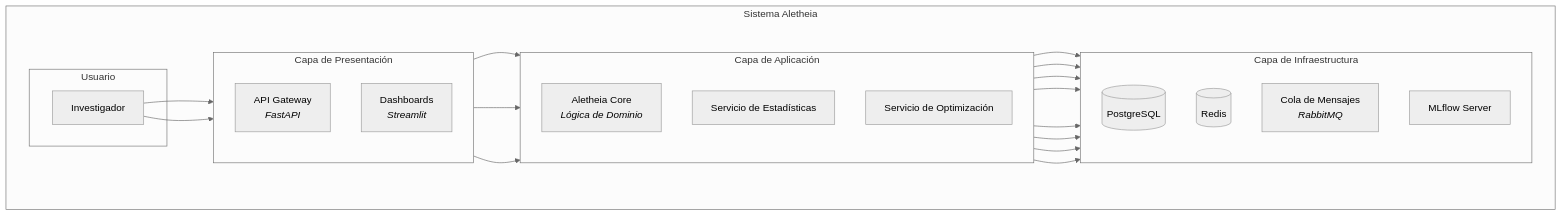
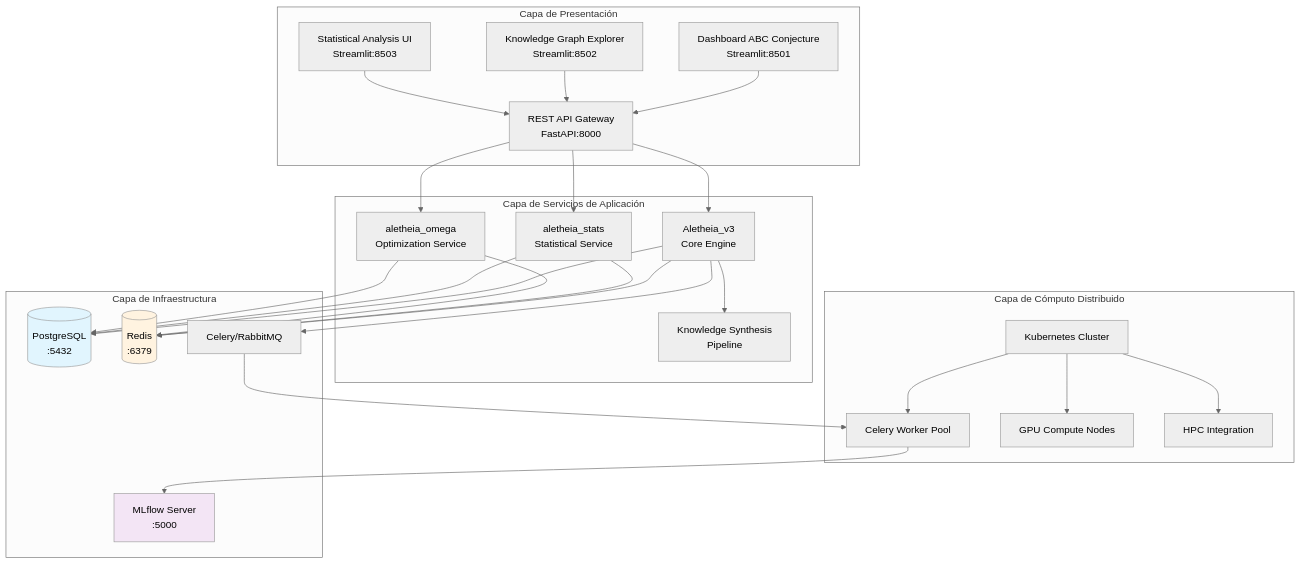
Before and after one commit to SunNeurotron/Aletheia: the second of 6 diagrams in README.md, drawn with Mermaid (neutral theme). The commit also changed other lines of this file, not shown here.

`````diff
--- a/README.md
+++ b/README.md
@@ -69,36 +97,42 @@
-````mermaid
-graph TD
-    subgraph "Sistema Aletheia"
-        direction LR
-        subgraph "Usuario"
-            U[Investigador]
-        end
-        subgraph "Capa de Presentación"
-            direction TB
-            API[API Gateway<br><i>FastAPI</i>]
-            UI[Dashboards<br><i>Streamlit</i>]
-            U --> API
-            U --> UI
-        end
-        subgraph "Capa de Aplicación"
-            direction TB
-            CORE[Aletheia Core<br><i>Lógica de Dominio</i>]
-            STATS[Servicio de Estadísticas]
-            OMEGA[Servicio de Optimización]
-            API --> CORE
-            API --> STATS
-            API --> OMEGA
-        end
-        subgraph "Capa de Infraestructura"
-            direction TB
-            DB[(PostgreSQL)]
-            CACHE[(Redis)]
-            MQ[Cola de Mensajes<br><i>RabbitMQ</i>]
-            MLF[MLflow Server]
-            CORE & STATS & OMEGA --> DB
-            CORE & STATS & OMEGA --> CACHE
-            CORE --> MQ
-            CORE --> MLF
-        end
+```mermaid
+flowchart TB
+    subgraph "Capa de Presentación"
+        UI1[Dashboard ABC Conjecture<br/>Streamlit:8501]
+        UI2[Knowledge Graph Explorer<br/>Streamlit:8502]
+        UI3[Statistical Analysis UI<br/>Streamlit:8503]
+        API1[REST API Gateway<br/>FastAPI:8000]
     end
-````
+
+    subgraph "Capa de Servicios de Aplicación"
+        SVC1[Aletheia_v3<br/>Core Engine]
+        SVC2[aletheia_stats<br/>Statistical Service]
+        SVC3[aletheia_omega<br/>Optimization Service]
+        SVC4[Knowledge Synthesis<br/>Pipeline]
+    end
+
+    subgraph "Capa de Infraestructura"
+        DB[(PostgreSQL<br/>:5432)]
+        CACHE[(Redis<br/>:6379)]
+        MQ[Celery/RabbitMQ]
+        MLF[MLflow Server<br/>:5000]
+    end
+
+    subgraph "Capa de Cómputo Distribuido"
+        K8S[Kubernetes Cluster]
+        WORK1[Celery Worker Pool]
+        WORK2[GPU Compute Nodes]
+        WORK3[HPC Integration]
+    end
+
+    UI1 & UI2 & UI3 --> API1
+    API1 --> SVC1 & SVC2 & SVC3
+    SVC1 --> SVC4
+    SVC1 & SVC2 & SVC3 --> DB & CACHE
+    SVC1 --> MQ --> WORK1
+    WORK1 --> MLF
+    K8S --> WORK1 & WORK2 & WORK3
+
+    style DB fill:#e1f5fe
+    style CACHE fill:#fff3e0
+    style MLF fill:#f3e5f5
+```
`````
